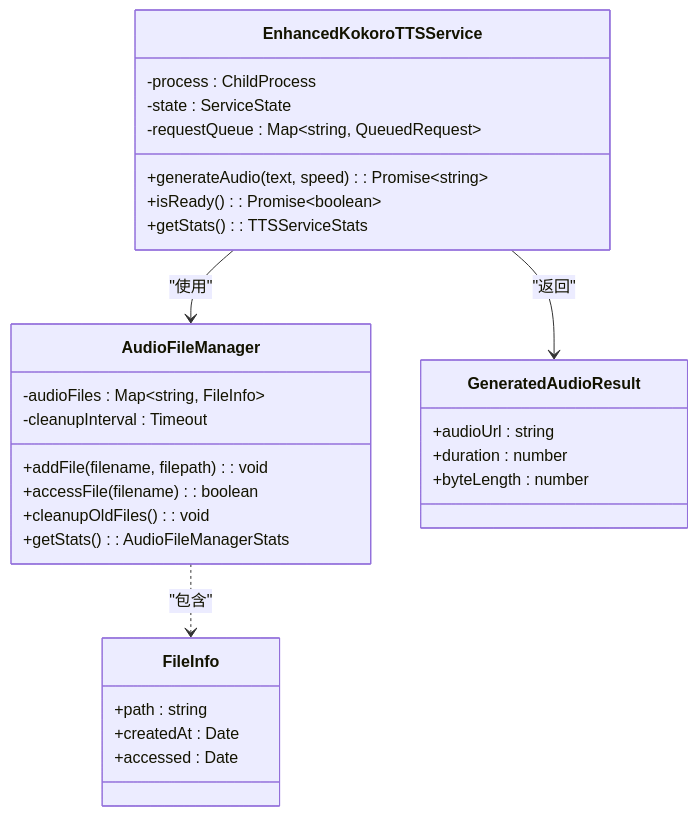
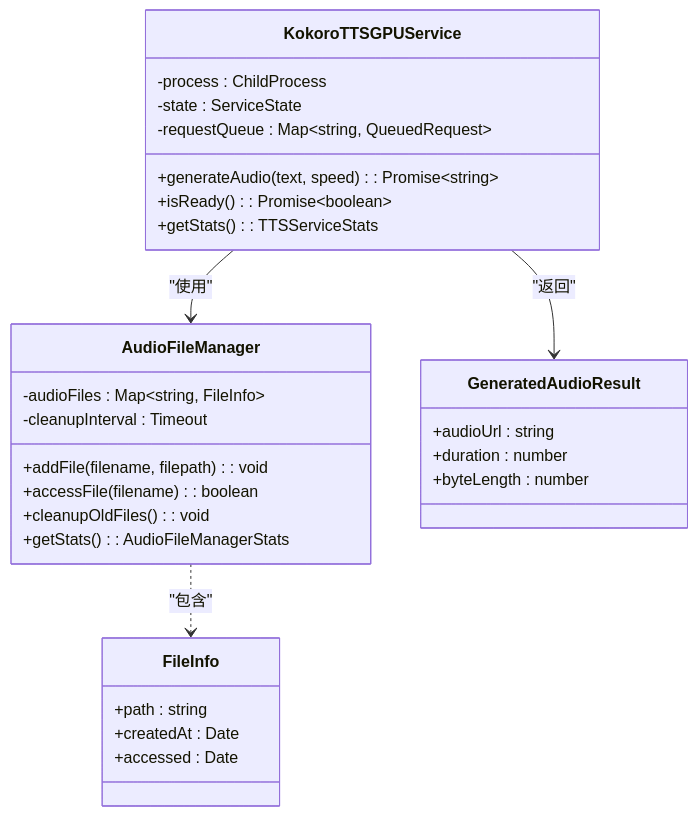
Before and after one commit to arthurlee116/english-listening-trainer: the fourth of 4 diagrams in .qoder/repowiki/zh/content/后端API接口/语音合成API/优化路径与缓存机制.md, drawn with Mermaid. The commit also changed other lines of this file and 58 other files, not shown here.

````diff
--- a/.qoder/repowiki/zh/content/后端API接口/语音合成API/优化路径与缓存机制.md
+++ b/.qoder/repowiki/zh/content/后端API接口/语音合成API/优化路径与缓存机制.md
@@ -143,32 +142,32 @@
 ```mermaid
 classDiagram
-class EnhancedKokoroTTSService {
+class KokoroTTSGPUService {
 -process : ChildProcess
 -state : ServiceState
 -requestQueue : Map~string, QueuedRequest~
 +generateAudio(text, speed) : Promise~string~
 +isReady() : Promise~boolean~
 +getStats() : TTSServiceStats
 }
 class AudioFileManager {
 -audioFiles : Map~string, FileInfo~
 -cleanupInterval : Timeout
 +addFile(filename, filepath) : void
 +accessFile(filename) : boolean
 +cleanupOldFiles() : void
 +getStats() : AudioFileManagerStats
 }
 class GeneratedAudioResult {
 +audioUrl : string
 +duration : number
 +byteLength : number
 }
-EnhancedKokoroTTSService --> AudioFileManager : "使用"
-EnhancedKokoroTTSService --> GeneratedAudioResult : "返回"
+KokoroTTSGPUService --> AudioFileManager : "使用"
+KokoroTTSGPUService --> GeneratedAudioResult : "返回"
 AudioFileManager ..> FileInfo : "包含"
 class FileInfo {
 +path : string
 +createdAt : Date
 +accessed : Date
 }
 ```
````
